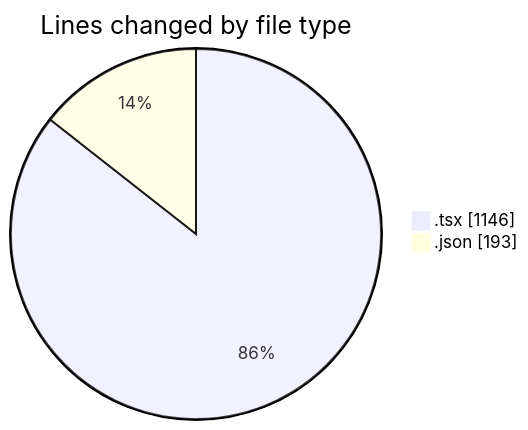
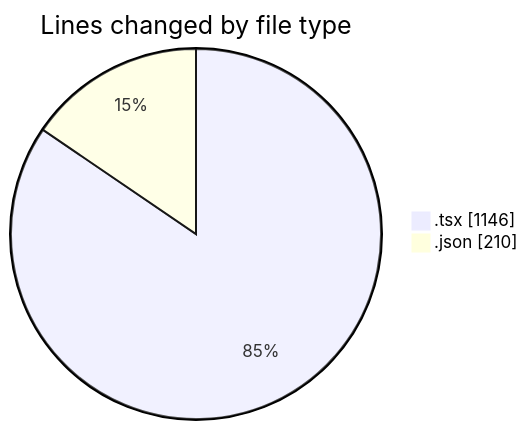
One commit to Elitesun/code-tracking changed the first of 2 diagrams in 2025-05-08/niten/README.md. Above: the diagram before and after it, drawn with Mermaid. The commit also changed other lines of this file and 1 other file, not shown here.

````diff
--- a/2025-05-08/niten/README.md
+++ b/2025-05-08/niten/README.md
@@ -26,6 +26,6 @@
 ```mermaid
 pie showData
 title Lines changed by file type
 ".tsx" : 1146
-".json" : 193
+".json" : 210
 ```
````
